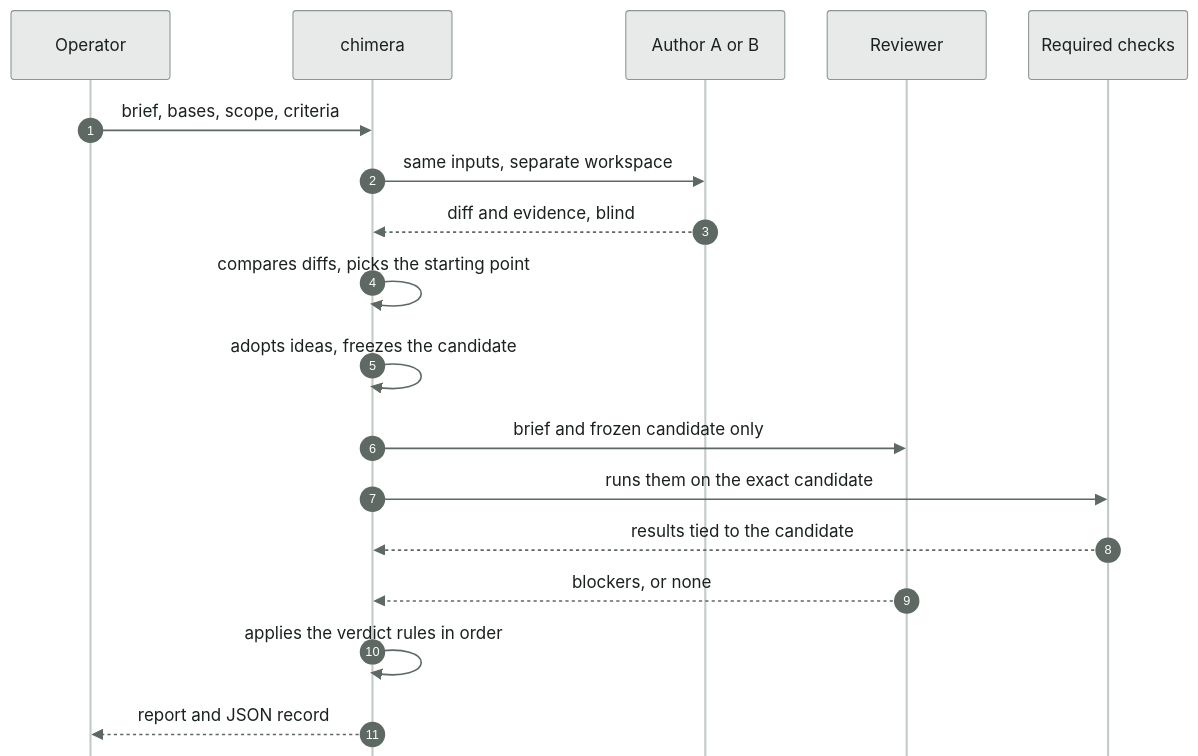
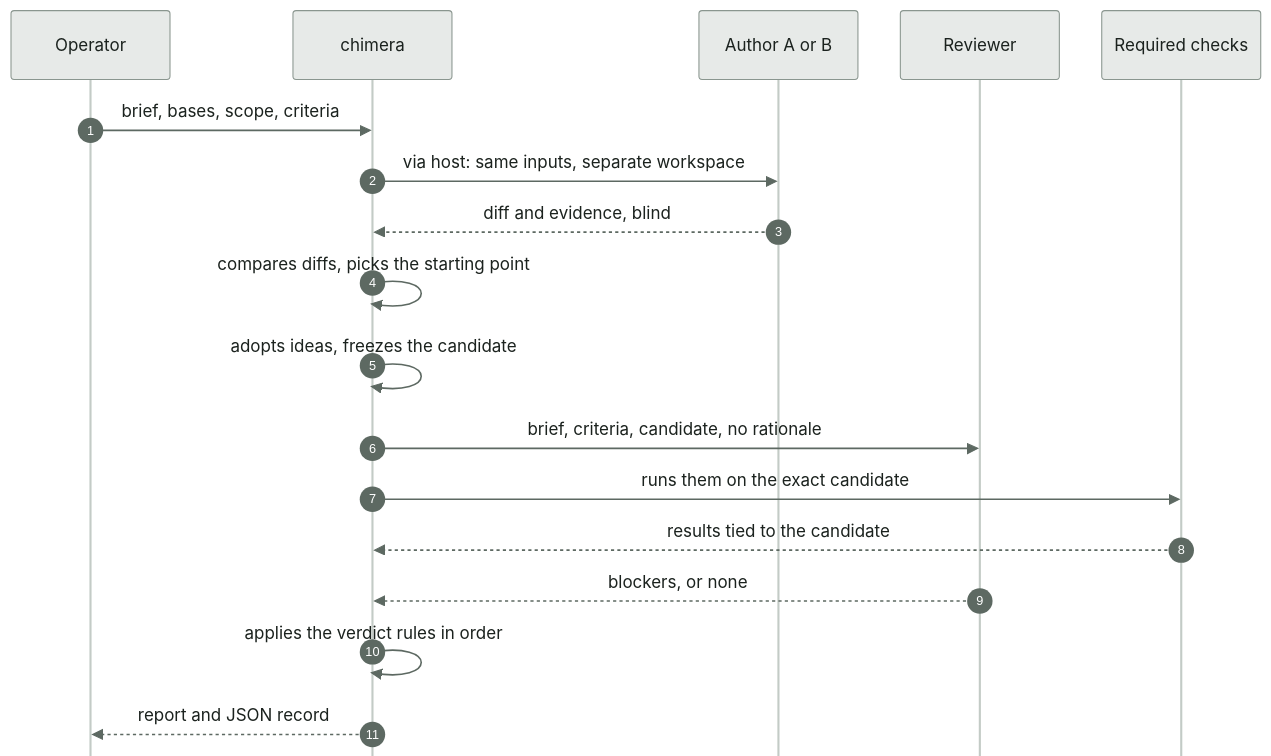
The third of 3 diagrams in flow-map.md (Gamebreack/Chimera), drawn with Mermaid before and after one commit. The commit also changed other lines of this file and 8 other files, not shown here.

````diff
--- a/flow-map.md
+++ b/flow-map.md
@@ -132,21 +132,21 @@
 ```mermaid
 %%{init: {"theme":"base","themeVariables":{"fontFamily":"system-ui, -apple-system, Segoe UI, sans-serif","fontSize":"15px","actorBkg":"#e7eae8","actorBorder":"#8a968f","actorTextColor":"#1b221e","actorLineColor":"#c3cbc6","signalColor":"#5d6962","signalTextColor":"#1b221e","sequenceNumberColor":"#ffffff","noteBkgColor":"#f1f3f1","noteBorderColor":"#b7c0ba","noteTextColor":"#1b221e"},"sequence":{"mirrorActors":false,"messageMargin":24,"boxMargin":8,"actorMargin":40,"messageFontSize":15,"actorFontSize":15,"noteFontSize":14}}}%%
 sequenceDiagram
     autonumber
     participant OP as Operator
     participant CH as chimera
     participant AU as Author A or B
     participant RV as Reviewer
     participant CK as Required checks
     OP->>CH: brief, bases, scope, criteria
-    CH->>AU: same inputs, separate workspace
+    CH->>AU: via host: same inputs, separate workspace
     AU-->>CH: diff and evidence, blind
     CH->>CH: compares diffs, picks the starting point
     CH->>CH: adopts ideas, freezes the candidate
-    CH->>RV: brief and frozen candidate only
+    CH->>RV: brief, criteria, candidate, no rationale
     CH->>CK: runs them on the exact candidate
     CK-->>CH: results tied to the candidate
     RV-->>CH: blockers, or none
     CH->>CH: applies the verdict rules in order
     CH-->>OP: report and JSON record
 ```
````
